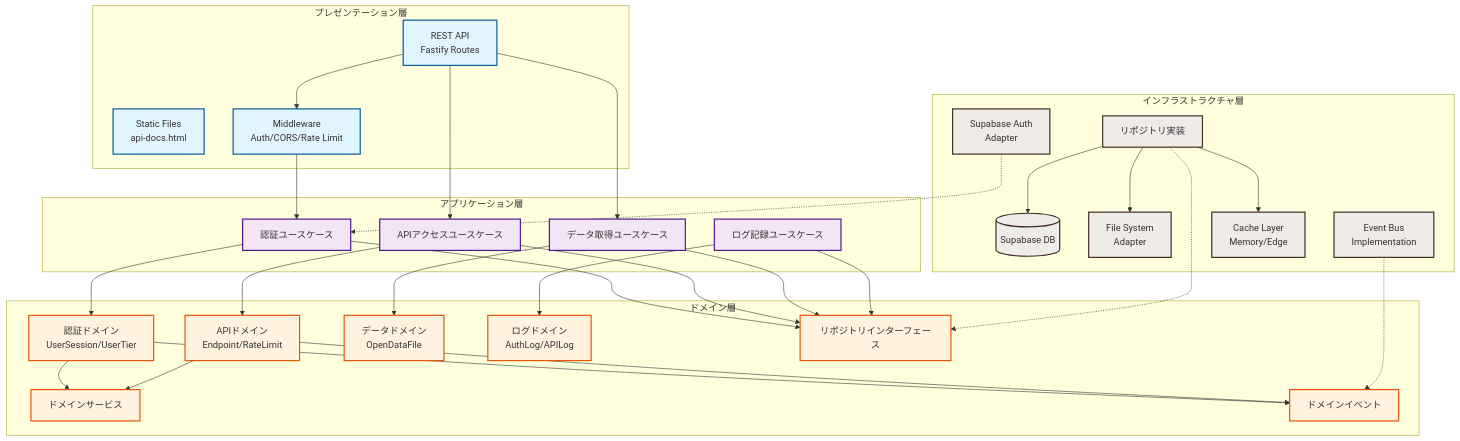
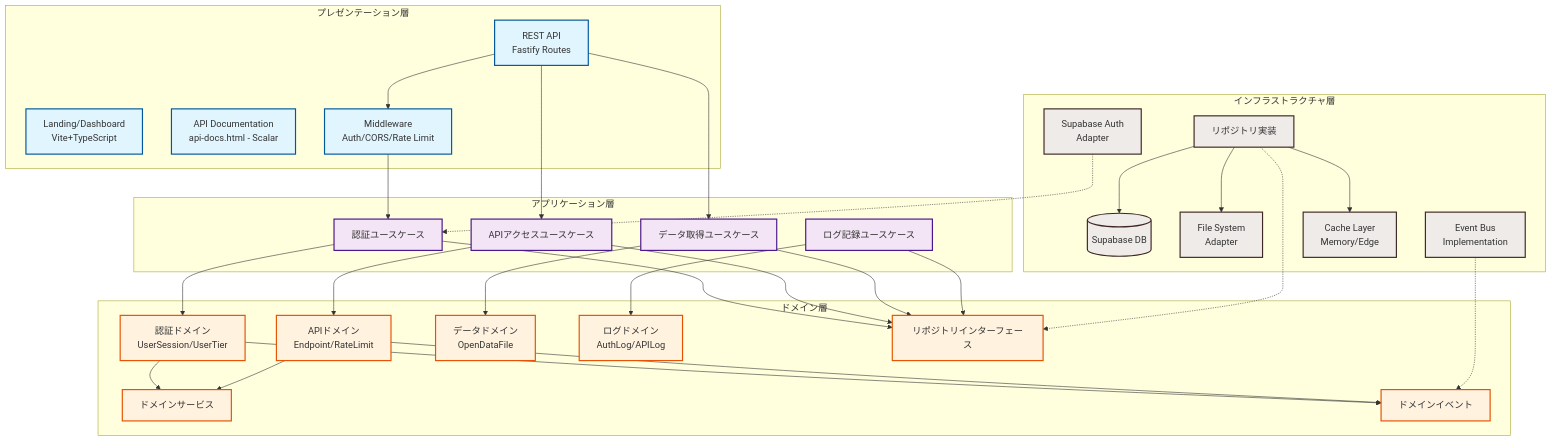
Before and after one commit to hydrangeas/redis-test: the fifth of 13 diagrams in docs/specs/step5-design.md, drawn with Mermaid. The commit also changed other lines of this file and 1 other file, not shown here.

First line of the commit message:
feat: Vite+TypeScriptでランディングページとダッシュボードを実装

````diff
--- a/docs/specs/step5-design.md
+++ b/docs/specs/step5-design.md
@@ -466,74 +465,75 @@
 ```mermaid
 graph TB
     subgraph "プレゼンテーション層"
         API[REST API<br/>Fastify Routes]
-        Web[Static Files<br/>api-docs.html]
+        Web[Landing/Dashboard<br/>Vite+TypeScript]
+        Docs[API Documentation<br/>api-docs.html - Scalar]
         MW[Middleware<br/>Auth/CORS/Rate Limit]
     end
     
     subgraph "アプリケーション層"
         AuthUseCase[認証ユースケース]
         APIUseCase[APIアクセスユースケース]
         DataUseCase[データ取得ユースケース]
         LogUseCase[ログ記録ユースケース]
     end
     
     subgraph "ドメイン層"
         AuthDomain[認証ドメイン<br/>UserSession/UserTier]
         APIDomain[APIドメイン<br/>Endpoint/RateLimit]
         DataDomain[データドメイン<br/>OpenDataFile]
         LogDomain[ログドメイン<br/>AuthLog/APILog]
         DomainService[ドメインサービス]
         Repository[リポジトリインターフェース]
         DomainEvent[ドメインイベント]
     end
     
     subgraph "インフラストラクチャ層"
         SupabaseAuth[Supabase Auth<br/>Adapter]
         SupabaseDB[(Supabase DB)]
         FileSystem[File System<br/>Adapter]
         EventBus[Event Bus<br/>Implementation]
         RepositoryImpl[リポジトリ実装]
         Cache[Cache Layer<br/>Memory/Edge]
     end
     
     %% 依存関係
     API --> MW
     MW --> AuthUseCase
     API --> APIUseCase
     API --> DataUseCase
     
     AuthUseCase --> AuthDomain
     APIUseCase --> APIDomain
     DataUseCase --> DataDomain
     LogUseCase --> LogDomain
     
     AuthUseCase --> Repository
     APIUseCase --> Repository
     DataUseCase --> Repository
     LogUseCase --> Repository
     
     AuthDomain --> DomainService
     APIDomain --> DomainService
     AuthDomain --> DomainEvent
     APIDomain --> DomainEvent
     
     RepositoryImpl -.-> Repository
     RepositoryImpl --> SupabaseDB
     RepositoryImpl --> FileSystem
     RepositoryImpl --> Cache
     
     SupabaseAuth -.-> AuthUseCase
     EventBus -.-> DomainEvent
     
     %% スタイル
     classDef presentation fill:#e1f5fe,stroke:#01579b,stroke-width:2px
     classDef application fill:#f3e5f5,stroke:#4a148c,stroke-width:2px
     classDef domain fill:#fff3e0,stroke:#e65100,stroke-width:2px
     classDef infrastructure fill:#efebe9,stroke:#3e2723,stroke-width:2px
     
-    class API,Web,MW presentation
+    class API,Web,Docs,MW presentation
     class AuthUseCase,APIUseCase,DataUseCase,LogUseCase application
     class AuthDomain,APIDomain,DataDomain,LogDomain,DomainService,Repository,DomainEvent domain
     class SupabaseAuth,SupabaseDB,FileSystem,EventBus,RepositoryImpl,Cache infrastructure
 ```
````
